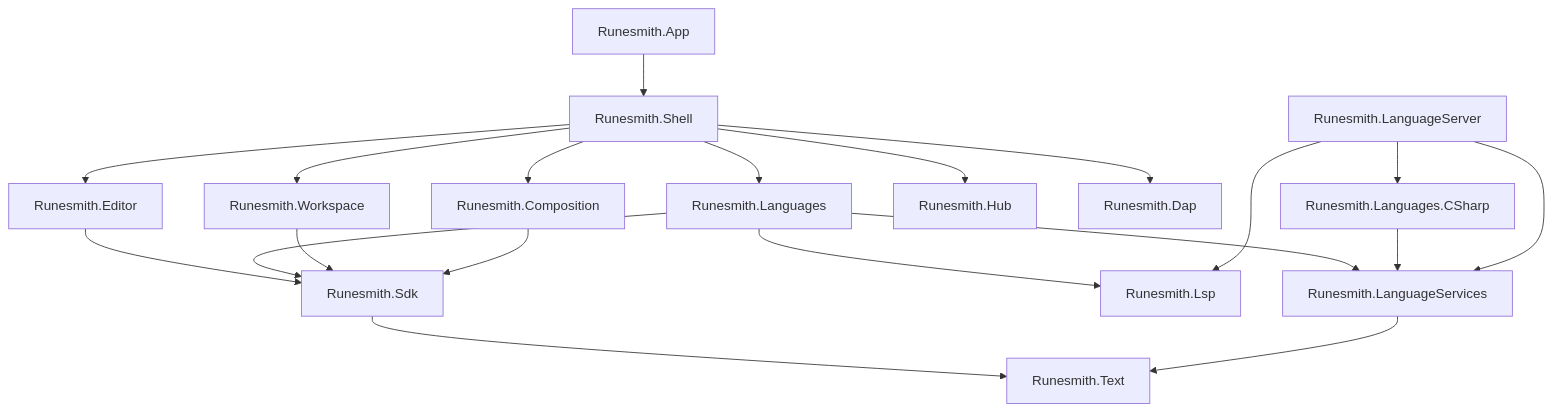
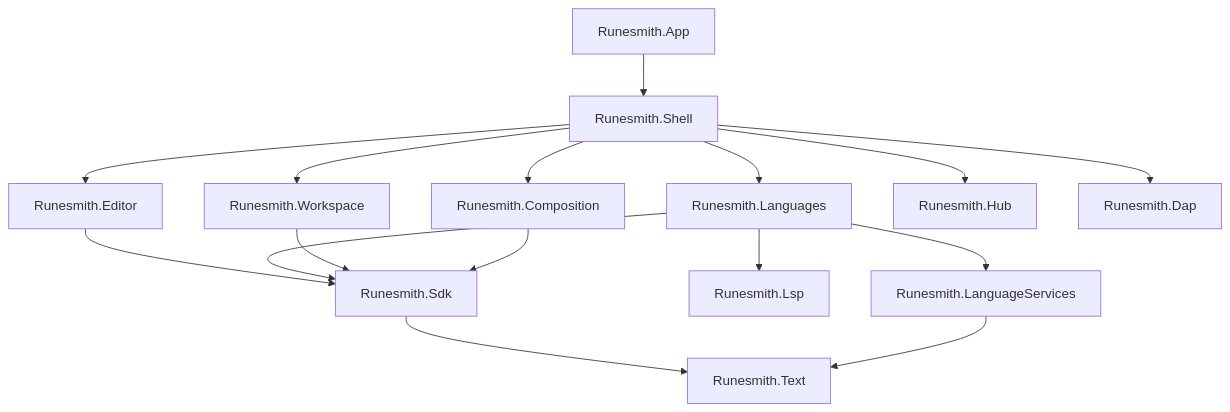
One commit to RunesmithHub/Runesmith changed the diagram in website/content/developers/architecture.mdx. Above: the diagram before and after it, drawn with Mermaid. The commit also changed other lines of this file and 23 other files, not shown here.

Commit message:
docs: say Runesmith ships with no plugins and suggests the official ones, and drop the language engine projects

````diff
--- a/website/content/developers/architecture.mdx
+++ b/website/content/developers/architecture.mdx
@@ -12,22 +12,18 @@
 ```mermaid
 graph TD
   App[Runesmith.App] --> Shell[Runesmith.Shell]
   Shell --> Editor[Runesmith.Editor]
   Shell --> Languages[Runesmith.Languages]
   Shell --> Workspace[Runesmith.Workspace]
   Shell --> Composition[Runesmith.Composition]
   Shell --> Hub[Runesmith.Hub]
   Shell --> Dap[Runesmith.Dap]
   Editor --> Sdk[Runesmith.Sdk]
   Languages --> Sdk
   Languages --> Lsp[Runesmith.Lsp]
   Languages --> Services[Runesmith.LanguageServices]
   Workspace --> Sdk
   Composition --> Sdk
   Sdk --> Text[Runesmith.Text]
   Services --> Text
-  CSharpAnalyzer[Runesmith.Languages.CSharp] --> Services
-  Server[Runesmith.LanguageServer] --> Services
-  Server --> Lsp
-  Server --> CSharpAnalyzer
 ```
````
